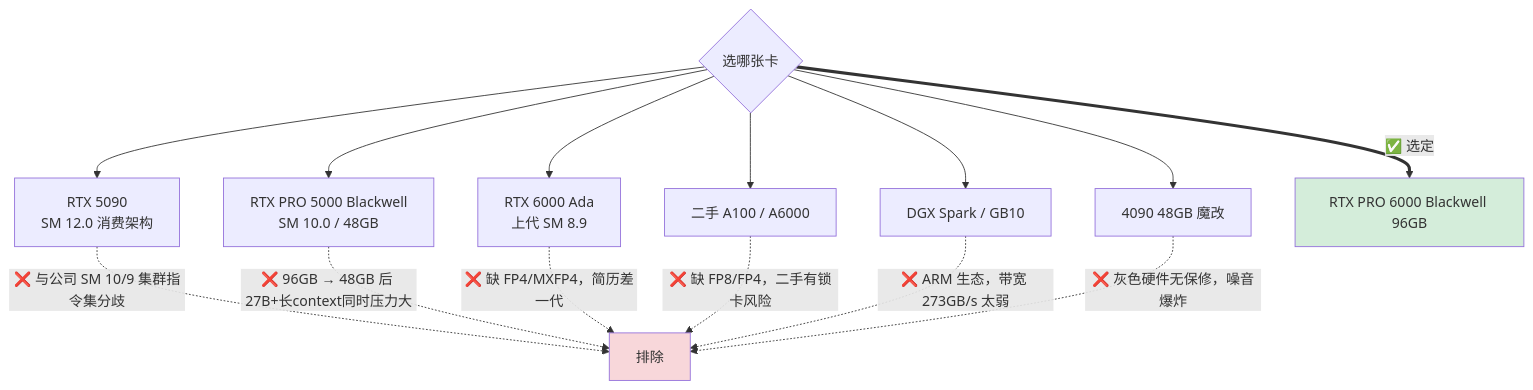
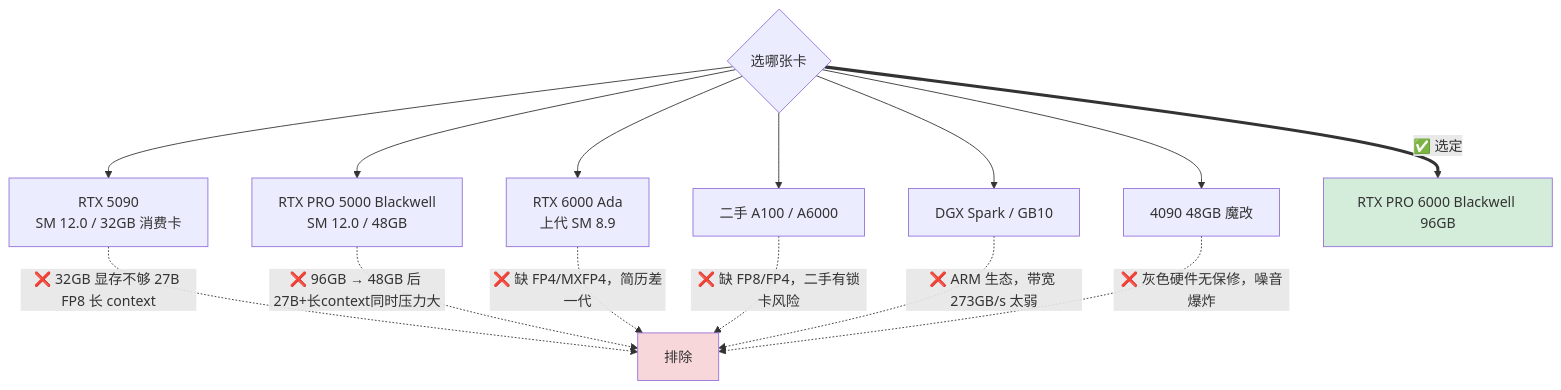
One commit to Xuefei-Zhang/llm-infer-journey changed the diagram in 01-hardware.md. Above: the diagram before and after it, drawn with Mermaid. The commit also changed other lines of this file and 8 other files, not shown here.

````diff
--- a/01-hardware.md
+++ b/01-hardware.md
@@ -117,22 +124,22 @@
 ```mermaid
 graph TD
     Q{选哪张卡}
-    Q --> S1[RTX 5090<br/>SM 12.0 消费架构]
-    Q --> S3[RTX PRO 5000 Blackwell<br/>SM 10.0 / 48GB]
+    Q --> S1[RTX 5090<br/>SM 12.0 / 32GB 消费卡]
+    Q --> S3[RTX PRO 5000 Blackwell<br/>SM 12.0 / 48GB]
     Q --> S4[RTX 6000 Ada<br/>上代 SM 8.9]
     Q --> S5[二手 A100 / A6000]
     Q --> S6[DGX Spark / GB10]
     Q --> S7[4090 48GB 魔改]
 
-    S1 -.❌ 与公司 SM 10/9 集群指令集分歧.-> X[排除]
+    S1 -.❌ 32GB 显存不够 27B FP8 长 context.-> X[排除]
     S3 -.❌ 96GB → 48GB 后 27B+长context同时压力大.-> X
     S4 -.❌ 缺 FP4/MXFP4，简历差一代.-> X
     S5 -.❌ 缺 FP8/FP4，二手有锁卡风险.-> X
     S6 -.❌ ARM 生态，带宽 273GB/s 太弱.-> X
     S7 -.❌ 灰色硬件无保修，噪音爆炸.-> X
 
     Q ==✅ 选定==> P6[RTX PRO 6000 Blackwell 96GB]
 
     style P6 fill:#d4edda
     style X fill:#f8d7da
 ```
````
